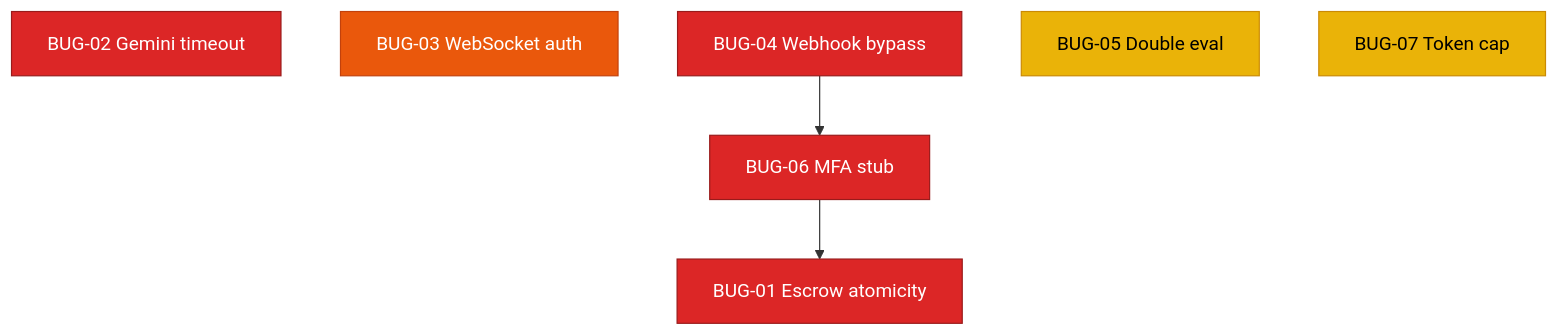
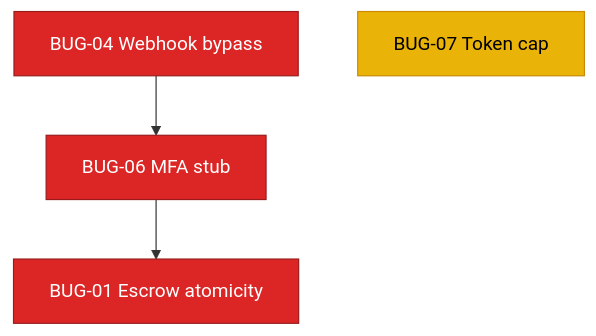
One commit to FixFlow-AI/FixFlow-AI-web changed the diagram in docs/specifications/ai_features/stories/README.md. Above: the diagram before and after it, drawn with Mermaid. The commit also changed other lines of this file and 19 other files, not shown here.

````diff
--- a/docs/specifications/ai_features/stories/README.md
+++ b/docs/specifications/ai_features/stories/README.md
@@ -43,17 +38,13 @@
 ```mermaid
 flowchart TD
     classDef critical fill:#dc2626,stroke:#991b1b,color:#fff
-    classDef high fill:#ea580c,stroke:#c2410c,color:#fff
     classDef medium fill:#eab308,stroke:#ca8a04,color:#000
 
     BUG01["BUG-01 Escrow atomicity"]:::critical
-    BUG02["BUG-02 Gemini timeout"]:::critical
-    BUG03["BUG-03 WebSocket auth"]:::high
     BUG04["BUG-04 Webhook bypass"]:::critical
-    BUG05["BUG-05 Double eval"]:::medium
     BUG06["BUG-06 MFA stub"]:::critical
     BUG07["BUG-07 Token cap"]:::medium
 
     BUG04 --> BUG06
     BUG06 --> BUG01
 ```
````
